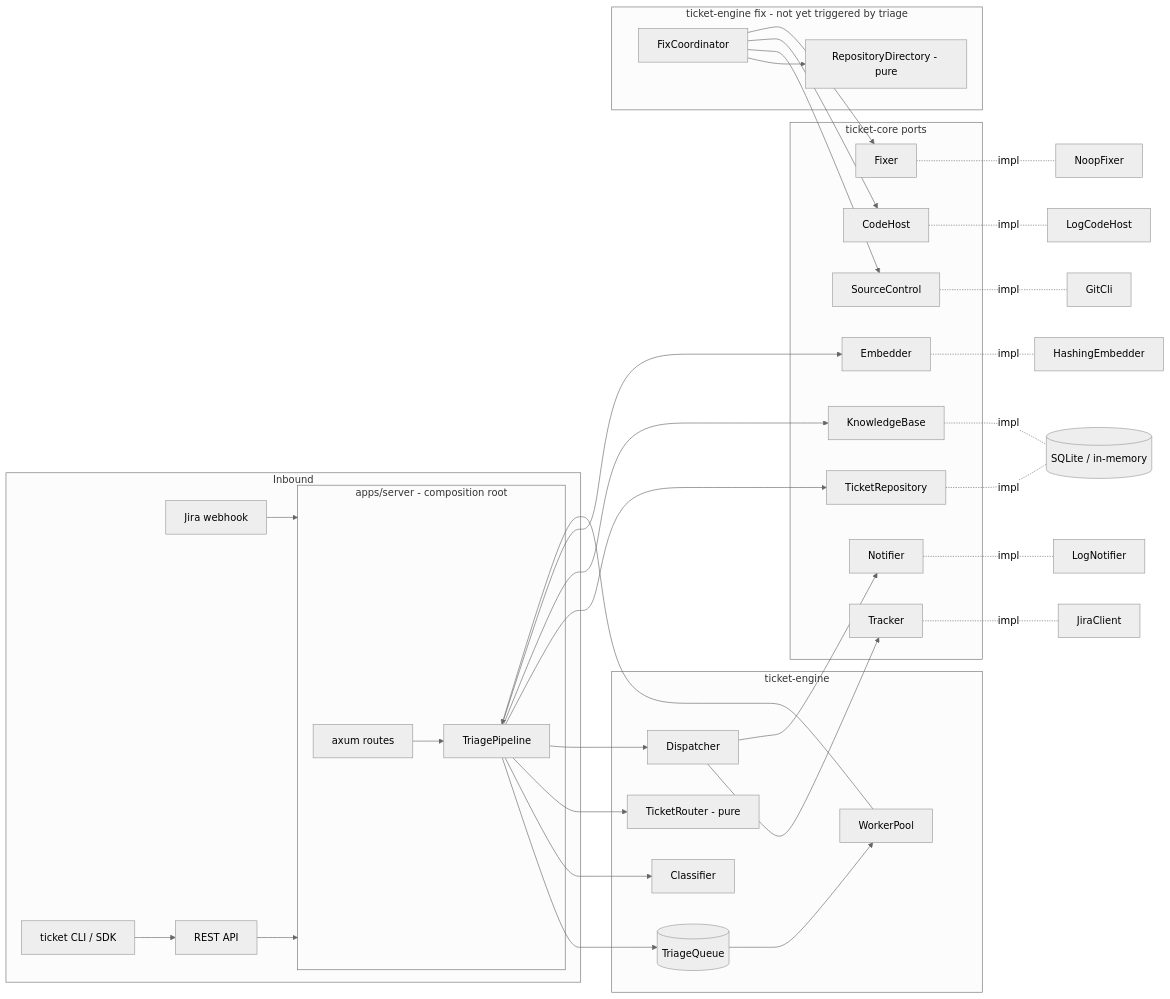
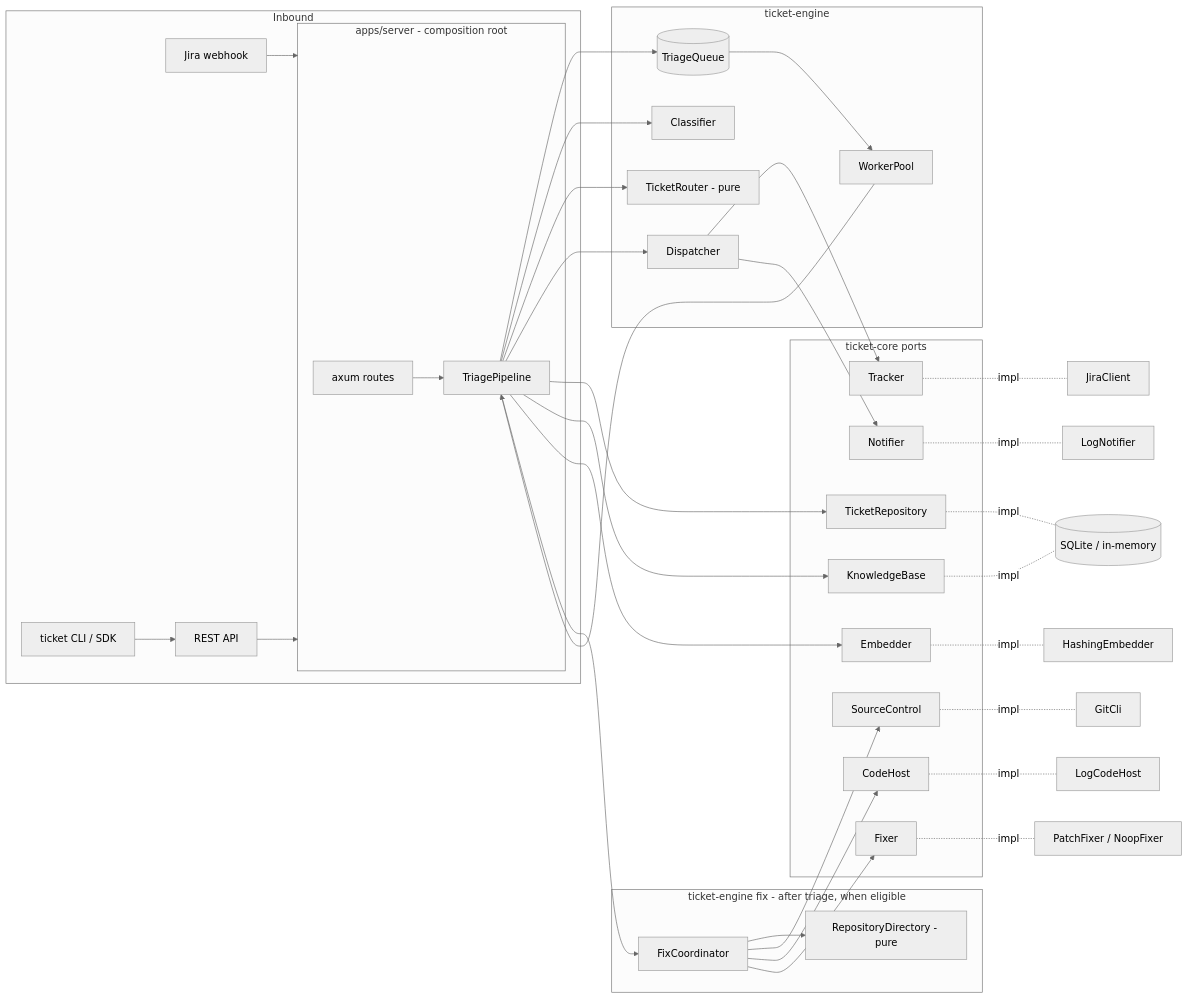
The first of 2 diagrams in docs/ARCHITECTURE.md (AaronHTan/ticket_manager), drawn with Mermaid (neutral theme) before and after one commit. The commit also changed other lines of this file and 31 other files, not shown here.

First line of the commit message:
Trigger fixes after triage with a patch-from-precedent fixer

````diff
--- a/docs/ARCHITECTURE.md
+++ b/docs/ARCHITECTURE.md
@@ -17,41 +17,42 @@
 ```mermaid
 flowchart LR
     subgraph Inbound
         JW[Jira webhook] --> S
         API[REST API] --> S
         CLI[ticket CLI / SDK] --> API
     end
     subgraph S[apps/server - composition root]
         R[axum routes] --> P
     end
     subgraph Engine[ticket-engine]
         P[TriagePipeline] --> Q[(TriageQueue)] --> W[WorkerPool]
         W --> P
         P --> C[Classifier]
         P --> RT[TicketRouter - pure]
         P --> D[Dispatcher]
     end
-    subgraph Fix[ticket-engine fix - not yet triggered by triage]
+    subgraph Fix[ticket-engine fix - after triage, when eligible]
         FC[FixCoordinator] --> RD[RepositoryDirectory - pure]
     end
     subgraph Ports[ticket-core ports]
         TR[TicketRepository]
         KB[KnowledgeBase]
         EM[Embedder]
         TK[Tracker]
         NT[Notifier]
         SC[SourceControl]
         CH[CodeHost]
         FX[Fixer]
     end
     P --> TR & KB & EM
     D --> TK & NT
     FC --> SC & CH & FX
     TR & KB -.impl.- SQL[(SQLite / in-memory)]
     EM -.impl.- HE[HashingEmbedder]
     TK -.impl.- JC[JiraClient]
     NT -.impl.- LN[LogNotifier]
     SC -.impl.- GC[GitCli]
     CH -.impl.- LC[LogCodeHost]
-    FX -.impl.- NF[NoopFixer]
+    FX -.impl.- NF[PatchFixer / NoopFixer]
+    P --> FC
 ```
````
